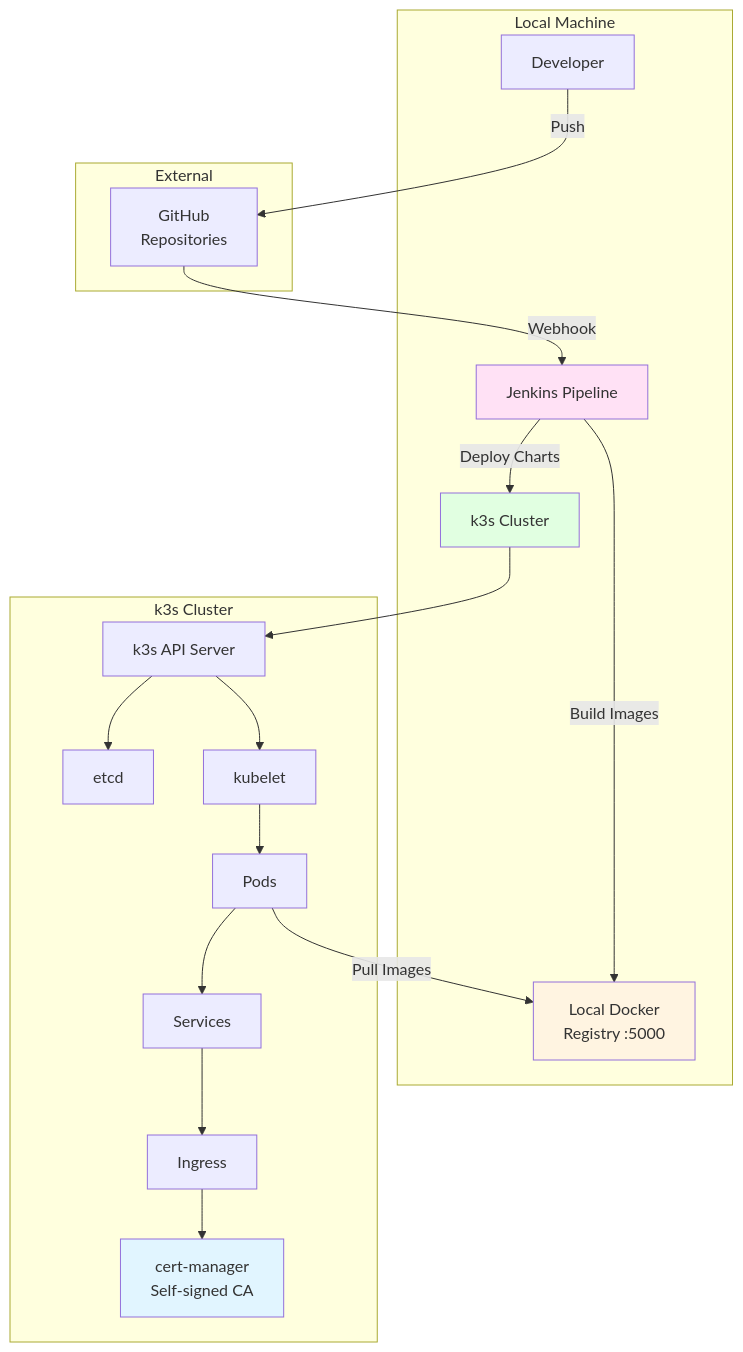
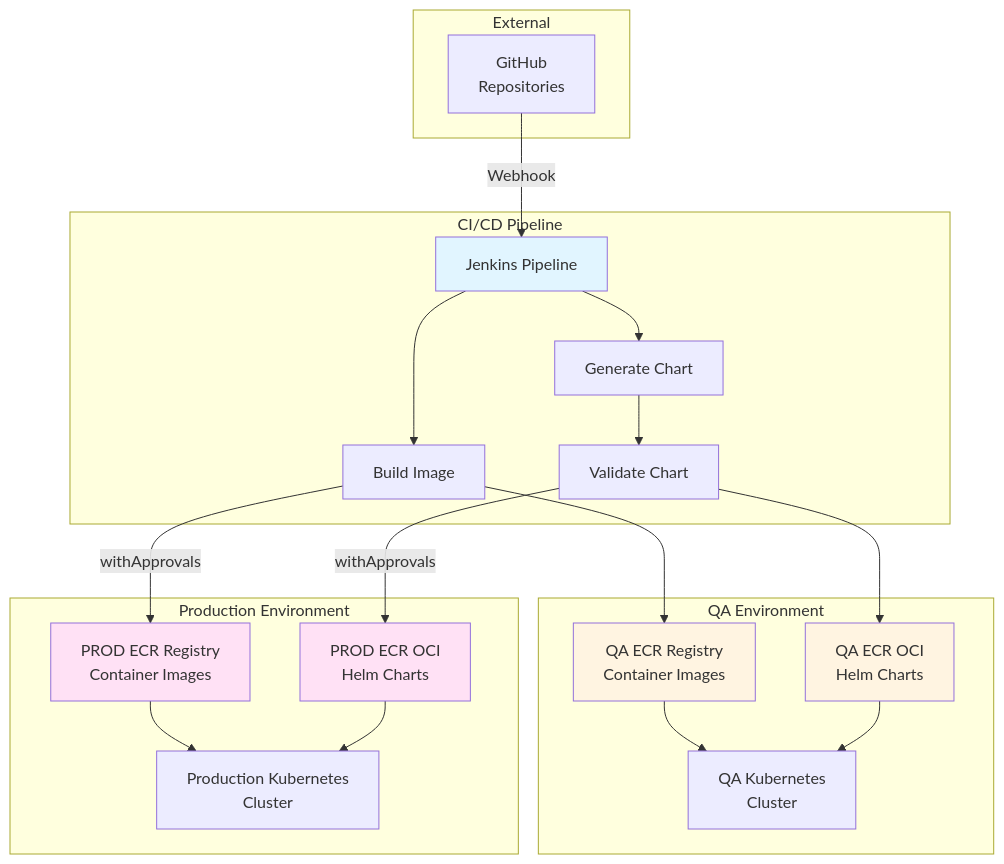
Before and after one commit to caretak3r/helm-factory: the eighth of 11 diagrams in ADR.md, drawn with Mermaid. The commit also changed other lines of this file and 1 other file, not shown here.

````diff
--- a/ADR.md
+++ b/ADR.md
@@ -749,44 +754,47 @@
 ```mermaid
 graph TB
-    subgraph "Local Machine"
-        DEV[Developer]
+    subgraph "CI/CD Pipeline"
         JENKINS[Jenkins Pipeline]
-        K3S[k3s Cluster]
-        REGISTRY[Local Docker<br/>Registry :5000]
+        BUILD[Build Image]
+        GEN[Generate Chart]
+        VALIDATE[Validate Chart]
     end
     
-    subgraph "k3s Cluster"
-        API[k3s API Server]
-        ETCD[etcd]
-        KUBELET[kubelet]
-        PODS[Pods]
-        SVC[Services]
-        ING[Ingress]
-        CERT[cert-manager<br/>Self-signed CA]
+    subgraph "QA Environment"
+        QA_ECR[QA ECR Registry<br/>Container Images]
+        QA_ECR_CHARTS[QA ECR OCI<br/>Helm Charts]
+        QA_K8S[QA Kubernetes<br/>Cluster]
+    end
+    
+    subgraph "Production Environment"
+        PROD_ECR[PROD ECR Registry<br/>Container Images]
+        PROD_ECR_CHARTS[PROD ECR OCI<br/>Helm Charts]
+        PROD_K8S[Production Kubernetes<br/>Cluster]
     end
     
     subgraph "External"
         GH[GitHub<br/>Repositories]
     end
     
-    DEV -->|Push| GH
     GH -->|Webhook| JENKINS
+    JENKINS --> BUILD
+    BUILD --> QA_ECR
+    BUILD -->|withApprovals| PROD_ECR
     
-    JENKINS -->|Build Images| REGISTRY
-    JENKINS -->|Deploy Charts| K3S
+    JENKINS --> GEN
+    GEN --> VALIDATE
+    VALIDATE --> QA_ECR_CHARTS
+    VALIDATE -->|withApprovals| PROD_ECR_CHARTS
     
-    K3S --> API
-    API --> ETCD
-    API --> KUBELET
-    KUBELET --> PODS
+    QA_ECR --> QA_K8S
+    QA_ECR_CHARTS --> QA_K8S
     
-    PODS -->|Pull Images| REGISTRY
-    PODS --> SVC
-    SVC --> ING
-    ING --> CERT
+    PROD_ECR --> PROD_K8S
+    PROD_ECR_CHARTS --> PROD_K8S
     
-    style K3S fill:#e1ffe1
-    style REGISTRY fill:#fff4e1
-    style JENKINS fill:#ffe1f5
-    style CERT fill:#e1f5ff
+    style QA_ECR fill:#fff4e1
+    style QA_ECR_CHARTS fill:#fff4e1
+    style PROD_ECR fill:#ffe1f5
+    style PROD_ECR_CHARTS fill:#ffe1f5
+    style JENKINS fill:#e1f5ff
 ```
````
